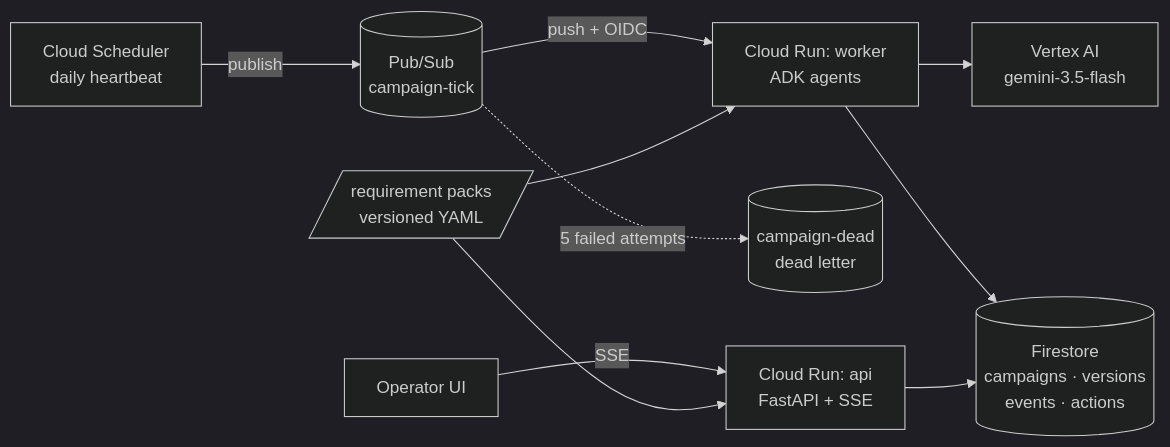
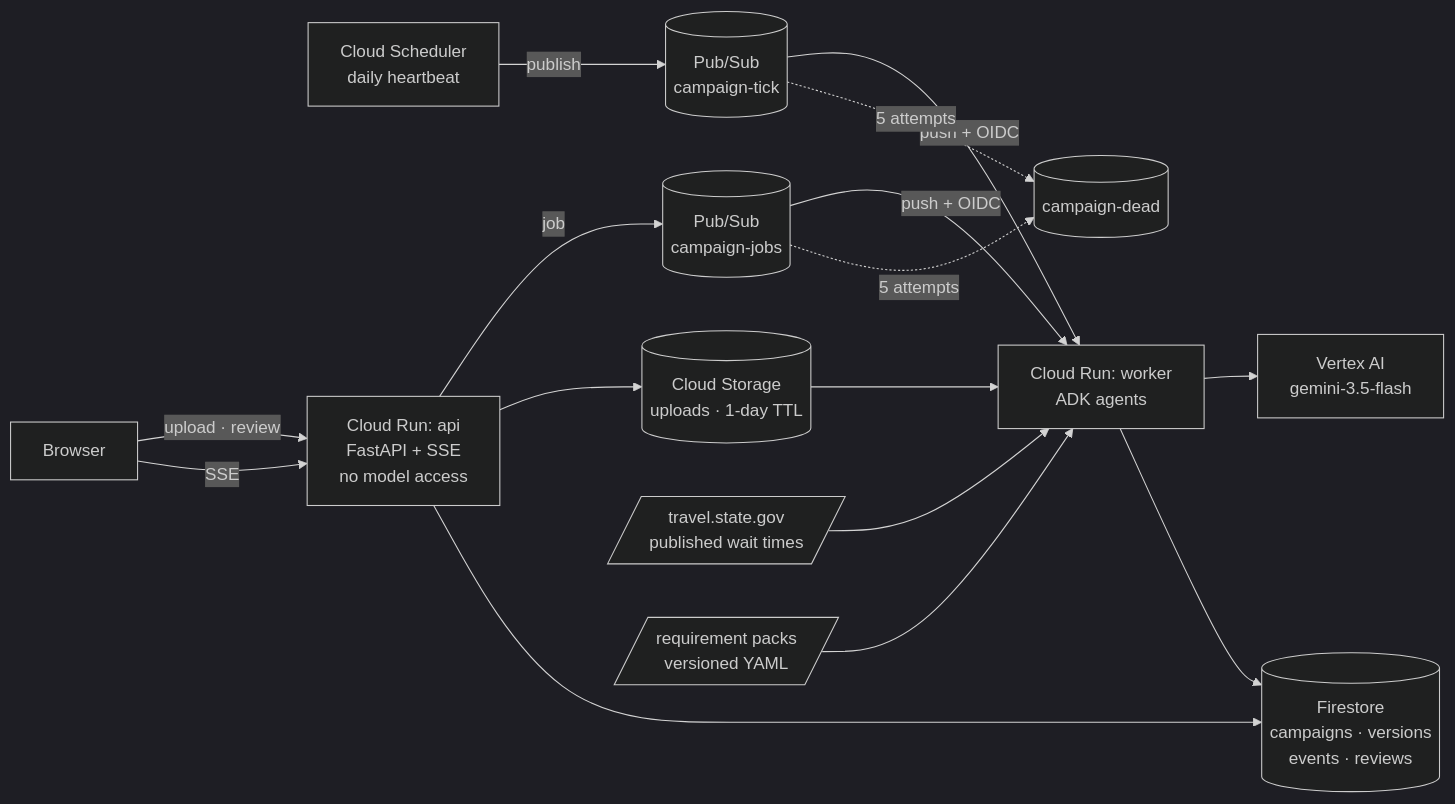
One commit to Ahmad-Zeid/Taashira-AI changed the diagram in README.md. Above: the diagram before and after it, drawn with Mermaid (dark theme). The commit also changed other lines of this file and 30 other files, not shown here.

````diff
--- a/README.md
+++ b/README.md
@@ -59,12 +75,18 @@
 ```mermaid
 flowchart LR
-  SCH[Cloud Scheduler<br/>daily heartbeat] -->|publish| PS[(Pub/Sub<br/>campaign-tick)]
-  PS -->|push + OIDC| W[Cloud Run: worker<br/>ADK agents]
-  PS -.->|5 failed attempts| DLQ[(campaign-dead<br/>dead letter)]
+  SCH[Cloud Scheduler<br/>daily heartbeat] -->|publish| TICK[(Pub/Sub<br/>campaign-tick)]
+  BROWSER[Browser] -->|upload · review| API[Cloud Run: api<br/>FastAPI + SSE<br/>no model access]
+  API -->|job| JOBS[(Pub/Sub<br/>campaign-jobs)]
+  API --> GCS[(Cloud Storage<br/>uploads · 1-day TTL)]
+  TICK -->|push + OIDC| W[Cloud Run: worker<br/>ADK agents]
+  JOBS -->|push + OIDC| W
+  TICK -.->|5 attempts| DLQ[(campaign-dead)]
+  JOBS -.->|5 attempts| DLQ
+  GCS --> W
+  STATE[/travel.state.gov<br/>published wait times/] --> W
   W --> VX[Vertex AI<br/>gemini-3.5-flash]
-  W --> FS[(Firestore<br/>campaigns · versions<br/>events · actions)]
-  API[Cloud Run: api<br/>FastAPI + SSE] --> FS
-  BROWSER[Operator UI] -->|SSE| API
+  W --> FS[(Firestore<br/>campaigns · versions<br/>events · reviews)]
+  API --> FS
+  BROWSER -->|SSE| API
   PACKS[/requirement packs<br/>versioned YAML/] --> W
-  PACKS --> API
 ```
````
